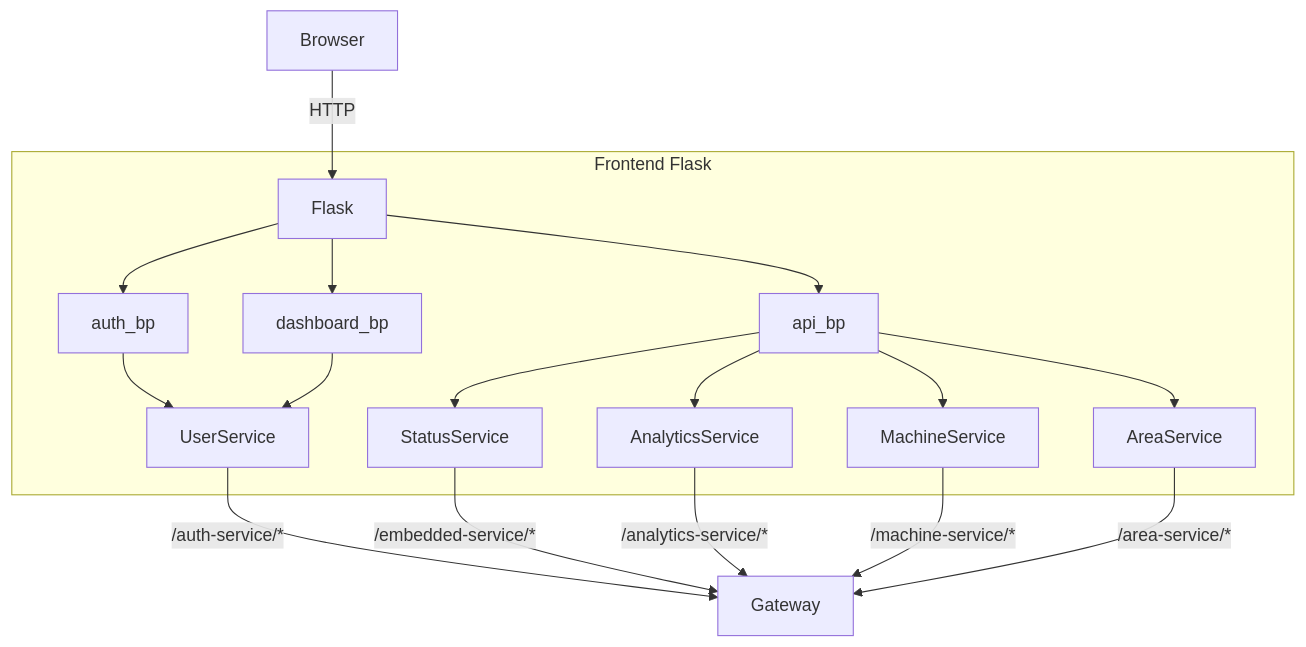
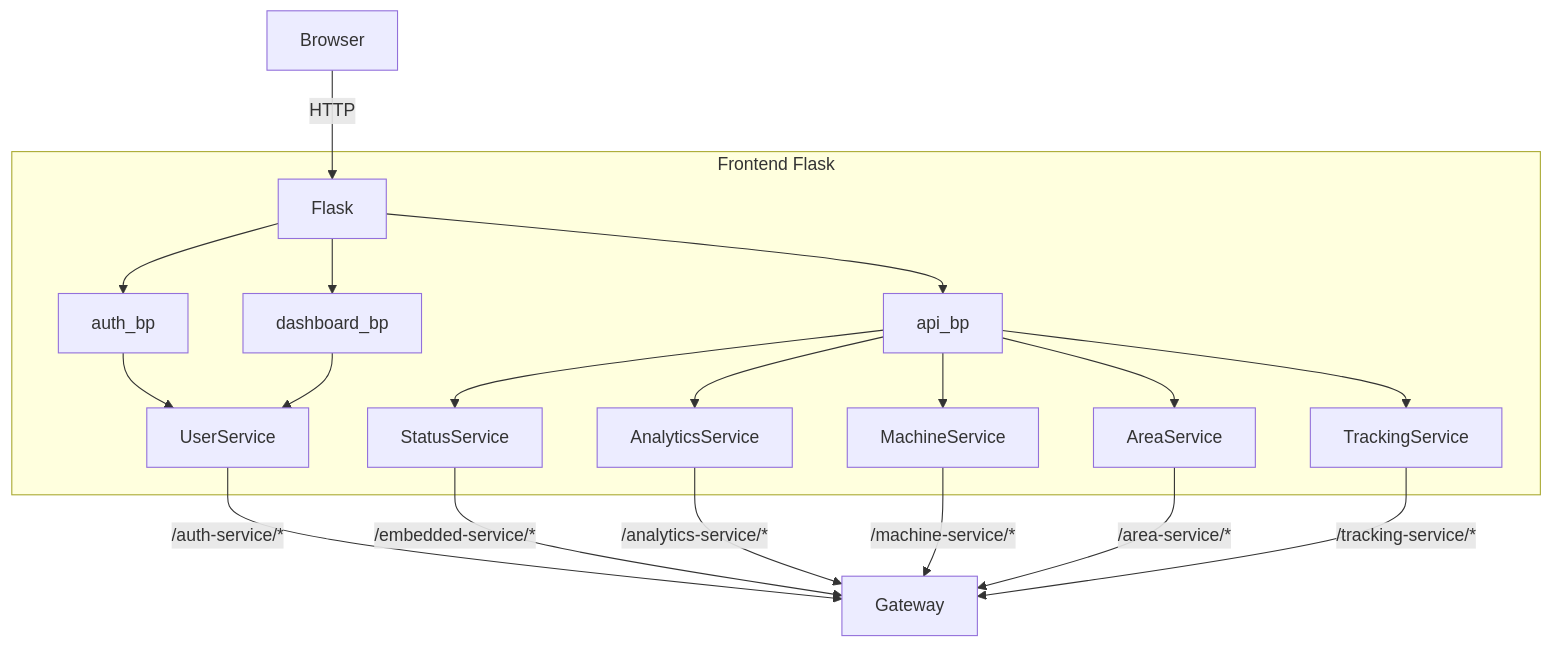
The tenth of 10 diagrams in docs/report/Implementation.md (piertv21/SmartGym-Monitor), drawn with Mermaid before and after one commit. The commit also changed other lines of this file and 1 other file, not shown here.

````diff
--- a/docs/report/Implementation.md
+++ b/docs/report/Implementation.md
@@ -292,23 +297,25 @@
 ```mermaid
 flowchart TD
     BROWSER["Browser"] -->|"HTTP"| FLASK["Flask"]
 
     subgraph Frontend Flask
         FLASK --> AUTH_BP["auth_bp"]
         FLASK --> DASH_BP["dashboard_bp"]
         FLASK --> API_BP["api_bp"]
 
         AUTH_BP --> US["UserService"]
         DASH_BP --> US
         API_BP --> SS["StatusService"]
         API_BP --> AS["AnalyticsService"]
         API_BP --> MS["MachineService"]
         API_BP --> ARS["AreaService"]
+        API_BP --> TS["TrackingService"]
     end
 
     US -->|"/auth-service/*"| GW["Gateway"]
     SS -->|"/embedded-service/*"| GW
     AS -->|"/analytics-service/*"| GW
     MS -->|"/machine-service/*"| GW
     ARS -->|"/area-service/*"| GW
+    TS -->|"/tracking-service/*"| GW
 ```
````
